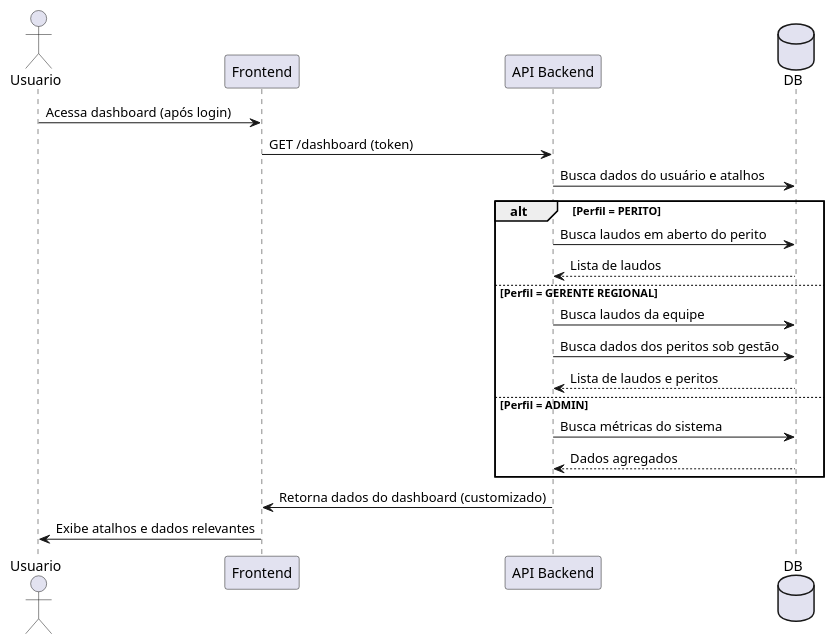
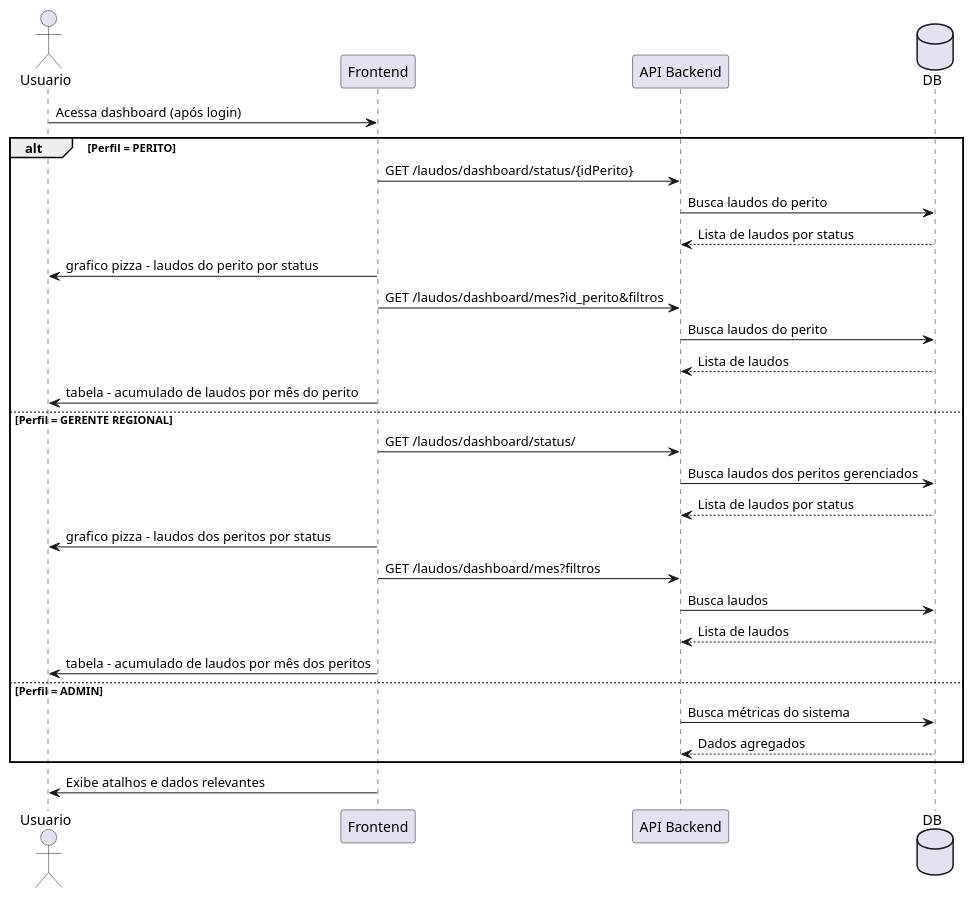
Before and after one commit to trem-balinha-da-vu/AutoLaudo: the second of 7 diagrams in modelagens/diagrama-sequencia/modulos-separados/gera-sequencia-separado.puml, drawn with PlantUML. The commit also changed 98 other files, not shown here.

```diff
--- a/modelagens/diagrama-sequencia/modulos-separados/gera-sequencia-separado.puml
+++ b/modelagens/diagrama-sequencia/modulos-separados/gera-sequencia-separado.puml
@@ -20,23 +20,31 @@
 @startuml dashboard
 actor Usuario
 participant "Frontend" as FE
 participant "API Backend" as API
 database "DB"
 
 Usuario -> FE : Acessa dashboard (após login)
-FE -> API : GET /dashboard (token)
-API -> DB : Busca dados do usuário e atalhos
 alt Perfil = PERITO
-    API -> DB : Busca laudos em aberto do perito
+    FE -> API : GET /laudos/dashboard/status/{idPerito}
+    API -> DB : Busca laudos do perito
+    DB --> API : Lista de laudos por status
+    FE -> Usuario : grafico pizza - laudos do perito por status
+    FE -> API : GET /laudos/dashboard/mes?id_perito&filtros
+    API -> DB : Busca laudos do perito
     DB --> API : Lista de laudos
+    FE -> Usuario : tabela - acumulado de laudos por mês do perito
 else Perfil = GERENTE REGIONAL
-    API -> DB : Busca laudos da equipe
-    API -> DB : Busca dados dos peritos sob gestão
-    DB --> API : Lista de laudos e peritos
+    FE -> API : GET /laudos/dashboard/status/
+    API -> DB : Busca laudos dos peritos gerenciados
+    DB --> API : Lista de laudos por status
+    FE -> Usuario : grafico pizza - laudos dos peritos por status
+    FE -> API : GET /laudos/dashboard/mes?filtros
+    API -> DB : Busca laudos 
+    DB --> API : Lista de laudos
+    FE -> Usuario : tabela - acumulado de laudos por mês dos peritos
 else Perfil = ADMIN
     API -> DB : Busca métricas do sistema
     DB --> API : Dados agregados
 end
-API -> FE : Retorna dados do dashboard (customizado)
 FE -> Usuario : Exibe atalhos e dados relevantes
 @enduml
```
